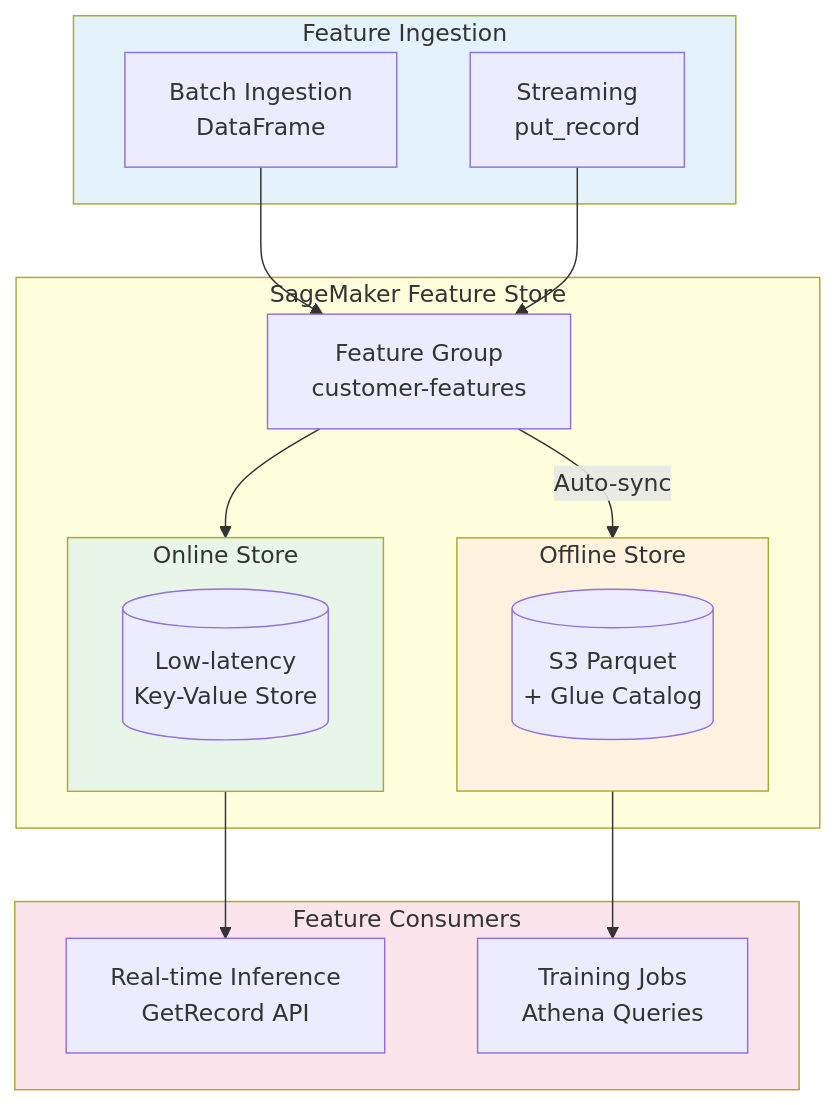
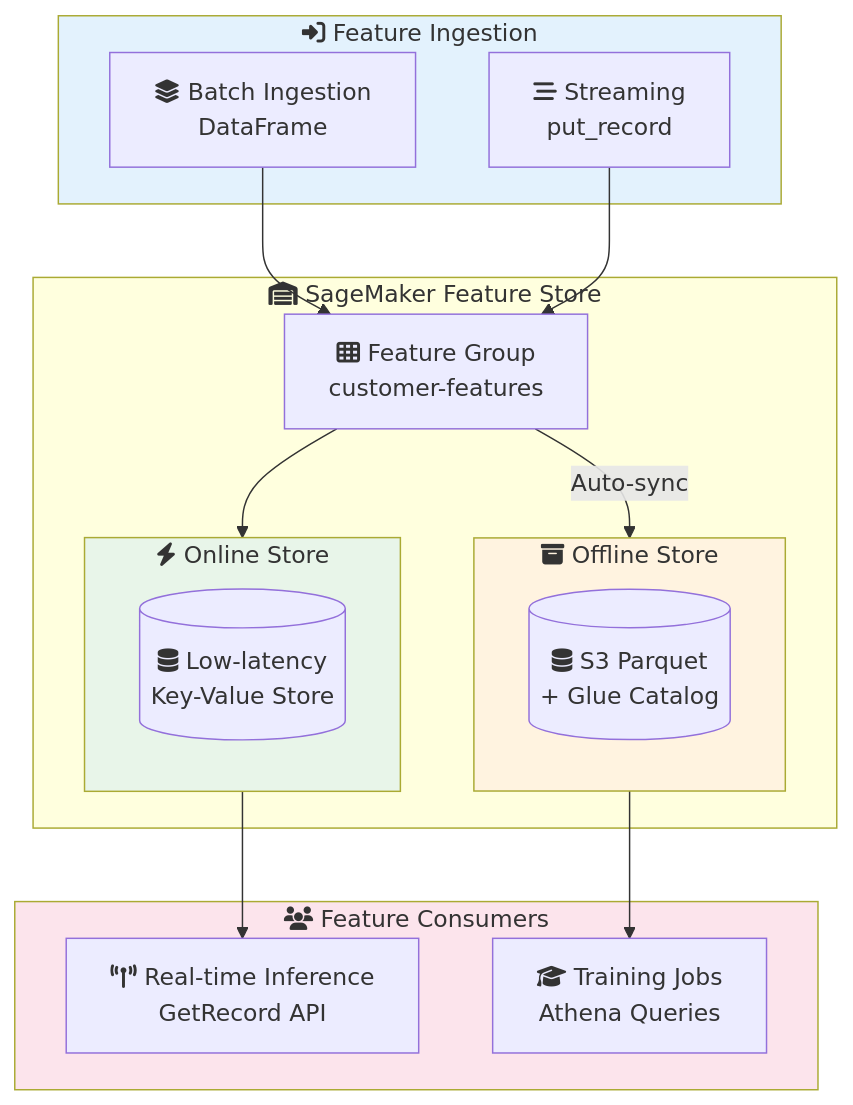
Before and after one commit to vinu76jsr/aws-sample-projects: the first of 3 diagrams in aws-ml-associate-prep/04-feature-store/LAB.md, drawn with Mermaid. The commit also changed other lines of this file and 15 other files, not shown here.

First line of the commit message:
Add Font Awesome icons to all Mermaid diagrams

````diff
--- a/aws-ml-associate-prep/04-feature-store/LAB.md
+++ b/aws-ml-associate-prep/04-feature-store/LAB.md
@@ -14,39 +14,39 @@
 ```mermaid
 flowchart TB
-    subgraph Ingestion["Feature Ingestion"]
-        Batch[Batch Ingestion<br/>DataFrame]
-        Stream[Streaming<br/>put_record]
+    subgraph Ingestion["fa:fa-sign-in-alt Feature Ingestion"]
+        Batch[fa:fa-layer-group Batch Ingestion<br/>DataFrame]
+        Stream[fa:fa-stream Streaming<br/>put_record]
     end
 
-    subgraph FeatureStore["SageMaker Feature Store"]
-        FG[Feature Group<br/>customer-features]
+    subgraph FeatureStore["fa:fa-warehouse SageMaker Feature Store"]
+        FG[fa:fa-th Feature Group<br/>customer-features]
 
-        subgraph Online["Online Store"]
+        subgraph Online["fa:fa-bolt Online Store"]
             direction LR
-            OS[(Low-latency<br/>Key-Value Store)]
+            OS[(fa:fa-database Low-latency<br/>Key-Value Store)]
         end
 
-        subgraph Offline["Offline Store"]
+        subgraph Offline["fa:fa-archive Offline Store"]
             direction LR
-            S3[(S3 Parquet<br/>+ Glue Catalog)]
+            S3[(fa:fa-database S3 Parquet<br/>+ Glue Catalog)]
         end
     end
 
-    subgraph Consumers["Feature Consumers"]
-        RT[Real-time Inference<br/>GetRecord API]
-        Train[Training Jobs<br/>Athena Queries]
+    subgraph Consumers["fa:fa-users Feature Consumers"]
+        RT[fa:fa-broadcast-tower Real-time Inference<br/>GetRecord API]
+        Train[fa:fa-graduation-cap Training Jobs<br/>Athena Queries]
     end
 
     Batch --> FG
     Stream --> FG
     FG --> Online
     FG --> |Auto-sync| Offline
 
     Online --> RT
     Offline --> Train
 
     style Ingestion fill:#e3f2fd
     style Online fill:#e8f5e9
     style Offline fill:#fff3e0
     style Consumers fill:#fce4ec
 ```
````
